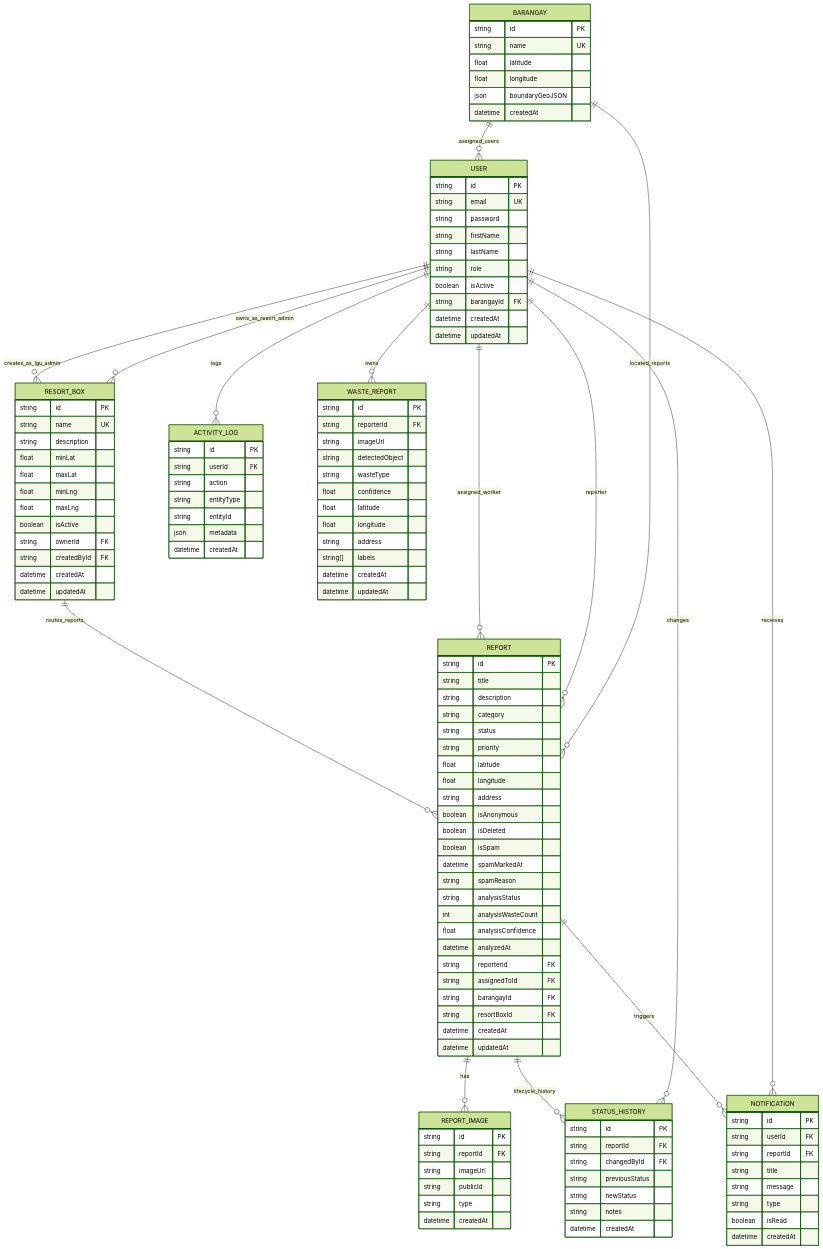
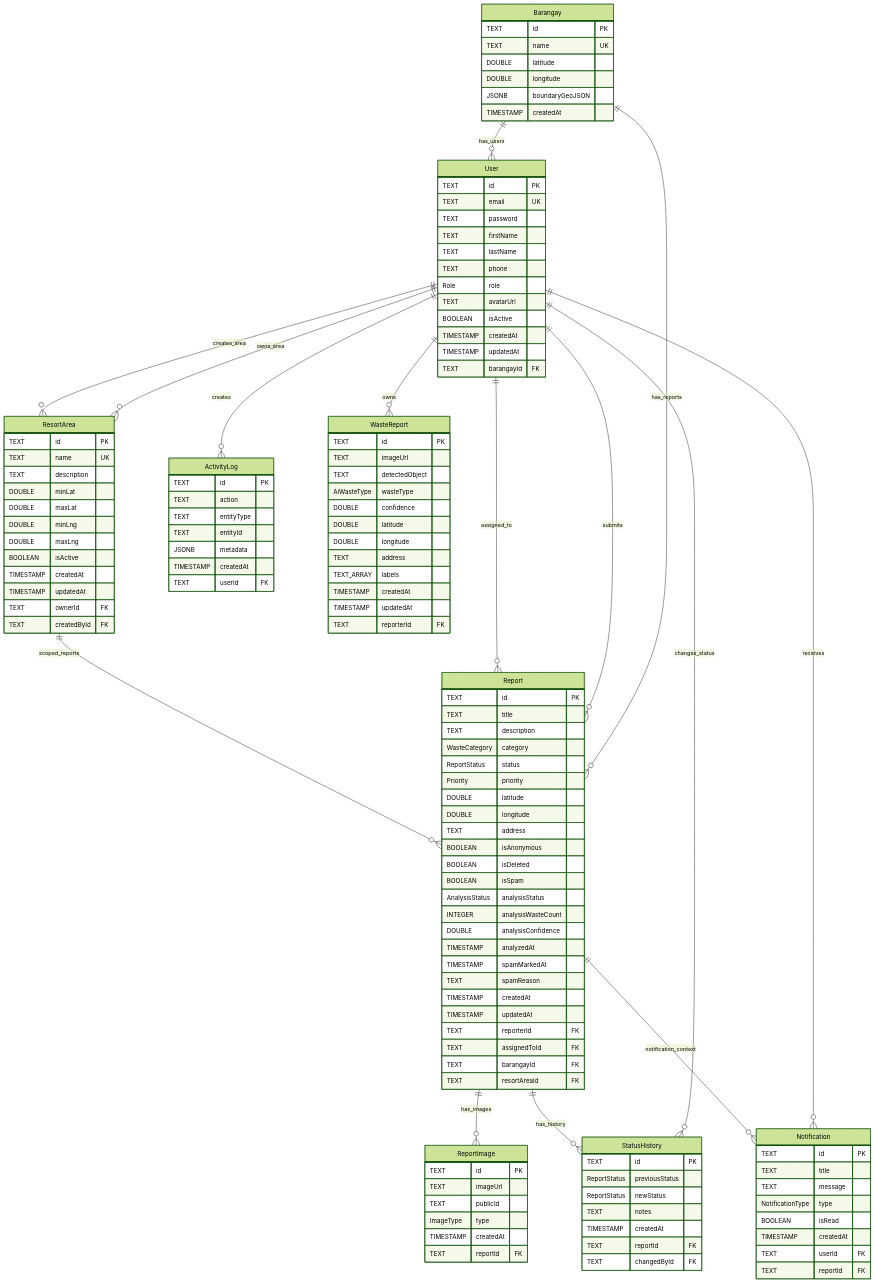
Before and after one commit to vami-allonar/BlueWaste-system: the second of 4 diagrams in bluewaste-system-diagrams.md, drawn with Mermaid (forest theme). The commit also changed other lines of this file, not shown here.

Commit message:
feat: update bluewaste-system diagram md

````diff
--- a/bluewaste-system-diagrams.md
+++ b/bluewaste-system-diagrams.md
@@ -136,139 +145,141 @@
 ```mermaid
 erDiagram
-  USER {
-    string id PK
-    string email UK
-    string password
-    string firstName
-    string lastName
-    string role
-    boolean isActive
-    string barangayId FK
-    datetime createdAt
-    datetime updatedAt
+  User {
+    TEXT id PK
+    TEXT email UK
+    TEXT password
+    TEXT firstName
+    TEXT lastName
+    TEXT phone
+    Role role
+    TEXT avatarUrl
+    BOOLEAN isActive
+    TIMESTAMP createdAt
+    TIMESTAMP updatedAt
+    TEXT barangayId FK
   }
 
-  BARANGAY {
-    string id PK
-    string name UK
-    float latitude
-    float longitude
-    json boundaryGeoJSON
-    datetime createdAt
+  Barangay {
+    TEXT id PK
+    TEXT name UK
+    DOUBLE latitude
+    DOUBLE longitude
+    JSONB boundaryGeoJSON
+    TIMESTAMP createdAt
   }
 
-  RESORT_BOX {
-    string id PK
-    string name UK
-    string description
-    float minLat
-    float maxLat
-    float minLng
-    float maxLng
-    boolean isActive
-    string ownerId FK
-    string createdById FK
-    datetime createdAt
-    datetime updatedAt
+  ResortArea {
+    TEXT id PK
+    TEXT name UK
+    TEXT description
+    DOUBLE minLat
+    DOUBLE maxLat
+    DOUBLE minLng
+    DOUBLE maxLng
+    BOOLEAN isActive
+    TIMESTAMP createdAt
+    TIMESTAMP updatedAt
+    TEXT ownerId FK
+    TEXT createdById FK
   }
 
-  REPORT {
-    string id PK
-    string title
-    string description
-    string category
-    string status
-    string priority
-    float latitude
-    float longitude
-    string address
-    boolean isAnonymous
-    boolean isDeleted
-    boolean isSpam
-    datetime spamMarkedAt
-    string spamReason
-    string analysisStatus
-    int analysisWasteCount
-    float analysisConfidence
-    datetime analyzedAt
-    string reporterId FK
-    string assignedToId FK
-    string barangayId FK
-    string resortBoxId FK
-    datetime createdAt
-    datetime updatedAt
+  Report {
+    TEXT id PK
+    TEXT title
+    TEXT description
+    WasteCategory category
+    ReportStatus status
+    Priority priority
+    DOUBLE latitude
+    DOUBLE longitude
+    TEXT address
+    BOOLEAN isAnonymous
+    BOOLEAN isDeleted
+    BOOLEAN isSpam
+    AnalysisStatus analysisStatus
+    INTEGER analysisWasteCount
+    DOUBLE analysisConfidence
+    TIMESTAMP analyzedAt
+    TIMESTAMP spamMarkedAt
+    TEXT spamReason
+    TIMESTAMP createdAt
+    TIMESTAMP updatedAt
+    TEXT reporterId FK
+    TEXT assignedToId FK
+    TEXT barangayId FK
+    TEXT resortAreaId FK
   }
 
-  REPORT_IMAGE {
-    string id PK
-    string reportId FK
-    string imageUrl
-    string publicId
-    string type
-    datetime createdAt
+  ReportImage {
+    TEXT id PK
+    TEXT imageUrl
+    TEXT publicId
+    ImageType type
+    TIMESTAMP createdAt
+    TEXT reportId FK
   }
 
-  STATUS_HISTORY {
-    string id PK
-    string reportId FK
-    string changedById FK
-    string previousStatus
-    string newStatus
-    string notes
-    datetime createdAt
+  StatusHistory {
+    TEXT id PK
+    ReportStatus previousStatus
+    ReportStatus newStatus
+    TEXT notes
+    TIMESTAMP createdAt
+    TEXT reportId FK
+    TEXT changedById FK
   }
 
-  NOTIFICATION {
-    string id PK
-    string userId FK
-    string reportId FK
-    string title
-    string message
-    string type
-    boolean isRead
-    datetime createdAt
+  Notification {
+    TEXT id PK
+    TEXT title
+    TEXT message
+    NotificationType type
+    BOOLEAN isRead
+    TIMESTAMP createdAt
+    TEXT userId FK
+    TEXT reportId FK
   }
 
-  ACTIVITY_LOG {
-    string id PK
-    string userId FK
-    string action
-    string entityType
-    string entityId
-    json metadata
-    datetime createdAt
+  ActivityLog {
+    TEXT id PK
+    TEXT action
+    TEXT entityType
+    TEXT entityId
+    JSONB metadata
+    TIMESTAMP createdAt
+    TEXT userId FK
   }
 
-  WASTE_REPORT {
-    string id PK
-    string reporterId FK
-    string imageUrl
-    string detectedObject
-    string wasteType
-    float confidence
-    float latitude
-    float longitude
-    string address
-    string[] labels
-    datetime createdAt
-    datetime updatedAt
+  WasteReport {
+    TEXT id PK
+    TEXT imageUrl
+    TEXT detectedObject
+    AiWasteType wasteType
+    DOUBLE confidence
+    DOUBLE latitude
+    DOUBLE longitude
+    TEXT address
+    TEXT_ARRAY labels
+    TIMESTAMP createdAt
+    TIMESTAMP updatedAt
+    TEXT reporterId FK
   }
 
-  BARANGAY ||--o{ USER : assigned_users
-  BARANGAY ||--o{ REPORT : located_reports
+  Barangay ||--o{ User : has_users
+  Barangay ||--o{ Report : has_reports
 
-  USER ||--o{ REPORT : reporter
-  USER ||--o{ REPORT : assigned_worker
-  USER ||--o{ STATUS_HISTORY : changes
-  USER ||--o{ NOTIFICATION : receives
-  USER ||--o{ ACTIVITY_LOG : logs
-  USER ||--o{ WASTE_REPORT : owns
-  USER ||--o{ RESORT_BOX : owns_as_resort_admin
-  USER ||--o{ RESORT_BOX : creates_as_lgu_admin
+  User ||--o{ Report : submits
+  User ||--o{ Report : assigned_to
+  User ||--o{ StatusHistory : changes_status
+  User ||--o{ Notification : receives
+  User ||--o{ ActivityLog : creates
+  User ||--o{ WasteReport : owns
+  User ||--o{ ResortArea : owns_area
+  User ||--o{ ResortArea : creates_area
 
-  RESORT_BOX ||--o{ REPORT : routes_reports
+  ResortArea ||--o{ Report : scoped_reports
 
-  REPORT ||--o{ REPORT_IMAGE : has
-  REPORT ||--o{ STATUS_HISTORY : lifecycle_history
-  REPORT ||--o{ NOTIFICATION : triggers
+  Report ||--o{ ReportImage : has_images
+  Report ||--o{ StatusHistory : has_history
+  Report ||--o{ Notification : notification_context
 ```
````
